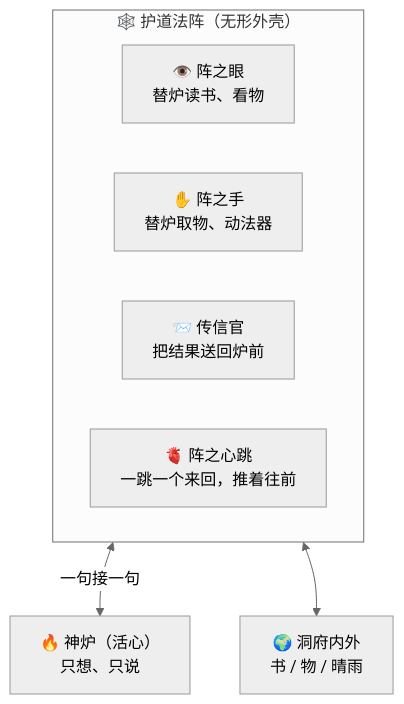
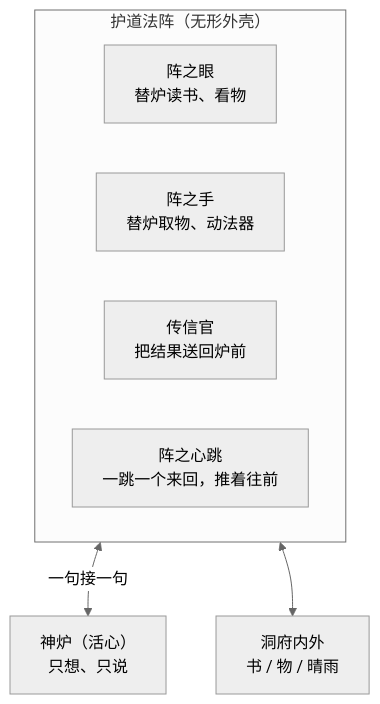
One commit to luckykhy/KhyAiHub changed the second of 4 diagrams in docs/09_STORY_修仙学AI/STORY-番外/[STORY-番外-102] 番外03·护道法阵·御炉真章.md. Above: the diagram before and after it, drawn with Mermaid (neutral theme). The commit also changed other lines of this file and 19 other files, not shown here.

````diff
--- a/docs/09_STORY_修仙学AI/STORY-番外/[STORY-番外-102] 番外03·护道法阵·御炉真章.md
+++ b/docs/09_STORY_修仙学AI/STORY-番外/[STORY-番外-102] 番外03·护道法阵·御炉真章.md
@@ -91,12 +91,12 @@
 ```mermaid
 flowchart TB
-  subgraph 阵["🕸️ 护道法阵（无形外壳）"]
-    EYE["👁️ 阵之眼<br/>替炉读书、看物"]
-    ARM["✋ 阵之手<br/>替炉取物、动法器"]
-    MSG["📨 传信官<br/>把结果送回炉前"]
-    BEAT["🫀 阵之心跳<br/>一跳一个来回，推着往前"]
+  subgraph 阵["护道法阵（无形外壳）"]
+    EYE["阵之眼<br/>替炉读书、看物"]
+    ARM["阵之手<br/>替炉取物、动法器"]
+    MSG["传信官<br/>把结果送回炉前"]
+    BEAT["阵之心跳<br/>一跳一个来回，推着往前"]
   end
-  FURNACE["🔥 神炉（活心）<br/>只想、只说"]
+  FURNACE["神炉（活心）<br/>只想、只说"]
   阵 <-->|"一句接一句"| FURNACE
-  阵 <--> WORLD["🌍 洞府内外<br/>书 / 物 / 晴雨"]
+  阵 <--> WORLD["洞府内外<br/>书 / 物 / 晴雨"]
 ```
````
